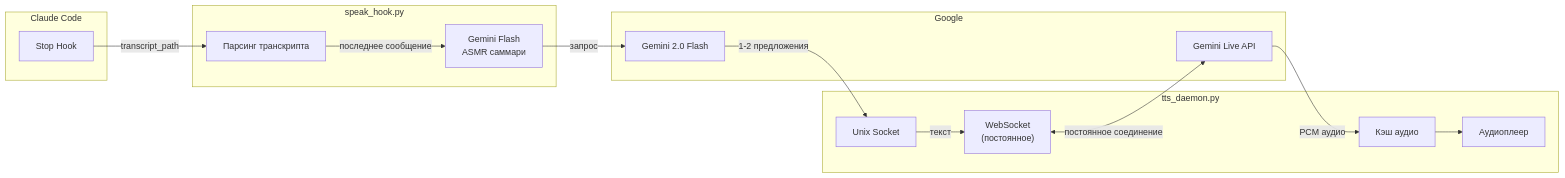
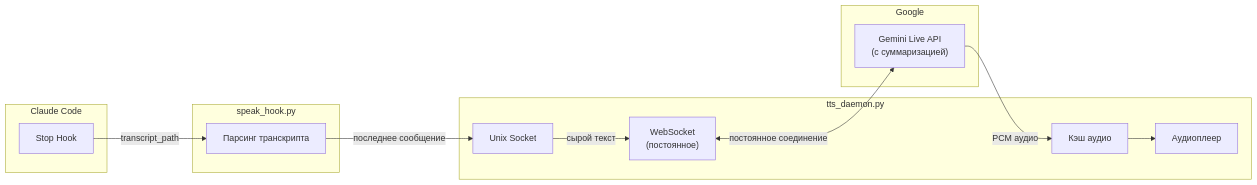
The diagram in README_RU.md (serejaris/claude-code-tts), drawn with Mermaid before and after one commit. The commit also changed other lines of this file and 3 other files, not shown here.

````diff
--- a/README_RU.md
+++ b/README_RU.md
@@ -9,32 +9,28 @@
 ```mermaid
 flowchart LR
     subgraph "Claude Code"
         Hook["Stop Hook"]
     end
 
     subgraph "speak_hook.py"
         Parse["Парсинг транскрипта"]
-        Summary["Gemini Flash<br/>ASMR саммари"]
     end
 
     subgraph "tts_daemon.py"
         Socket["Unix Socket"]
         WS["WebSocket<br/>(постоянное)"]
         Cache["Кэш аудио"]
         Player["Аудиоплеер"]
     end
 
     subgraph "Google"
-        Flash["Gemini 2.0 Flash"]
-        Live["Gemini Live API"]
+        Live["Gemini Live API<br/>(с суммаризацией)"]
     end
 
     Hook -->|transcript_path| Parse
-    Parse -->|последнее сообщение| Summary
-    Summary -->|запрос| Flash
-    Flash -->|1-2 предложения| Socket
-    Socket -->|текст| WS
+    Parse -->|последнее сообщение| Socket
+    Socket -->|сырой текст| WS
     WS <-->|постоянное соединение| Live
     Live -->|PCM аудио| Cache
     Cache --> Player
 ```
````
